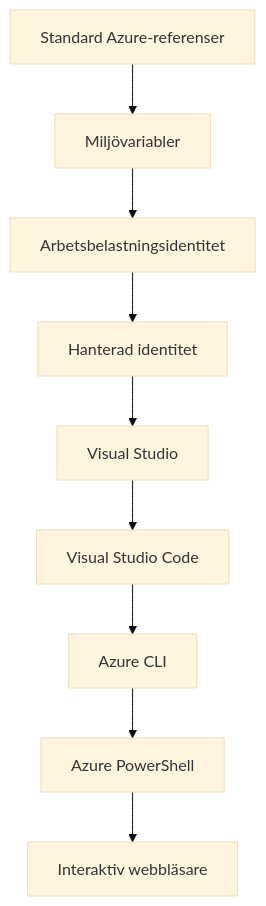
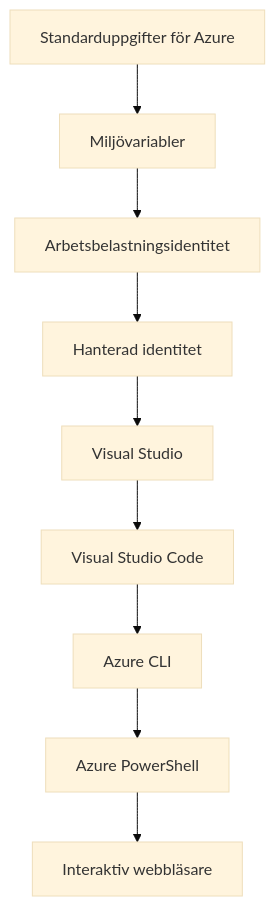
The second of 2 diagrams in translations/sv/docs/chapter-01-foundation/azd-basics.md (microsoft/AZD-for-beginners), drawn with Mermaid (base theme) before and after one commit. The commit also changed other lines of this file and 104 other files, not shown here.

````diff
--- a/translations/sv/docs/chapter-01-foundation/azd-basics.md
+++ b/translations/sv/docs/chapter-01-foundation/azd-basics.md
@@ -593,11 +608,11 @@
 ```mermaid
 graph TD
-    A[Standard Azure-referenser] --> B[Miljövariabler]
+    A[Standarduppgifter för Azure] --> B[Miljövariabler]
     B --> C[Arbetsbelastningsidentitet]
     C --> D[Hanterad identitet]
     D --> E[Visual Studio]
     E --> F[Visual Studio Code]
     F --> G[Azure CLI]
     G --> H[Azure PowerShell]
     H --> I[Interaktiv webbläsare]
 ```
````
